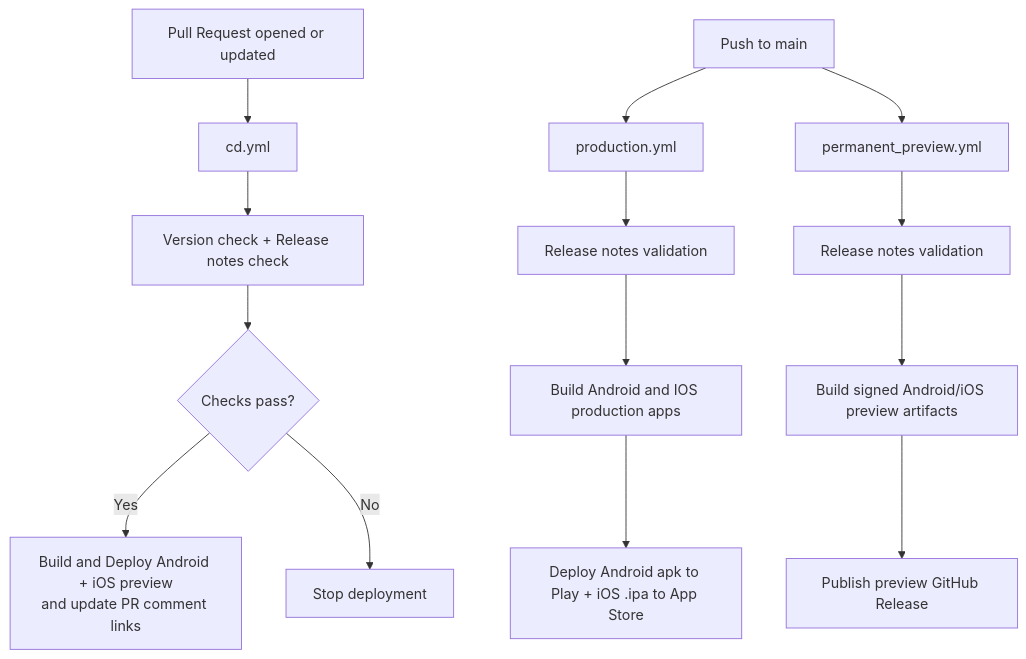
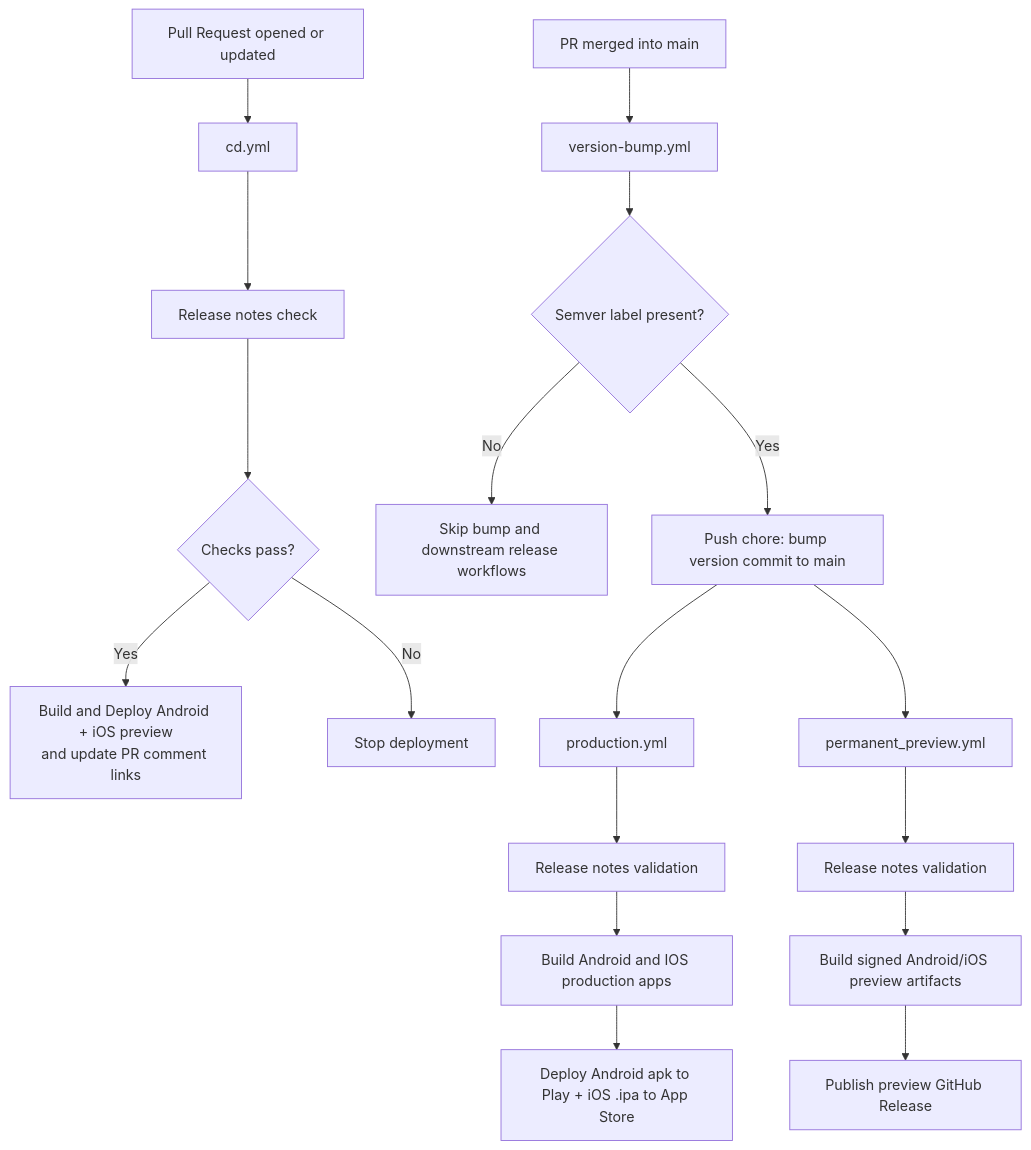
One commit to jalantechnologies/react-native-template changed the diagram in docs/cd.md. Above: the diagram before and after it, drawn with Mermaid. The commit also changed other lines of this file and 10 other files, not shown here.

````diff
--- a/docs/cd.md
+++ b/docs/cd.md
@@ -10,17 +10,21 @@
 ```mermaid
 flowchart TB
   PR[Pull Request opened or updated] --> PRWF[cd.yml]
-  PRWF --> PRGATES[Version check + Release notes check]
+  PRWF --> PRGATES[Release notes check]
   PRGATES --> PRPASS{Checks pass?}
   PRPASS -->|Yes| PRDEPLOY[Build and Deploy Android + iOS preview<br/>and update PR comment links]
   PRPASS -->|No| PRSTOP[Stop deployment]
 
-  MAIN[Push to main] --> PRODWF[production.yml]
-  MAIN --> PPWF[permanent_preview.yml]
+  MERGE[PR merged into main] --> VBWF[version-bump.yml]
+  VBWF --> VBCHK{Semver label present?}
+  VBCHK -->|No| VBSKIP[Skip bump and downstream release workflows]
+  VBCHK -->|Yes| VBPUSH[Push chore: bump version commit to main]
+  VBPUSH --> PRODWF[production.yml]
+  VBPUSH --> PPWF[permanent_preview.yml]
   PRODWF --> PRODRN[Release notes validation]
   PRODRN --> PRODBUILD[Build Android and IOS production apps]
   PRODBUILD --> PRODDEPLOY[Deploy Android apk to Play + iOS .ipa to App Store]
   PPWF --> PPRN[Release notes validation]
   PPRN --> PPBUILD[Build signed Android/iOS preview artifacts]
   PPBUILD --> PPPUBLISH[Publish preview GitHub Release]
 ```
````
